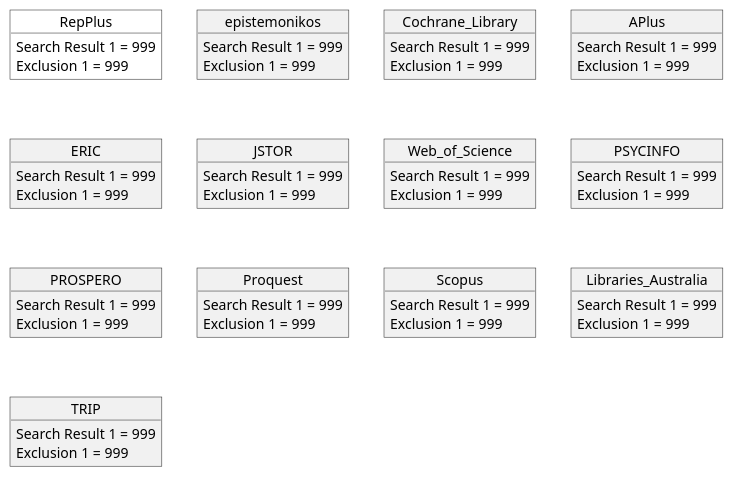
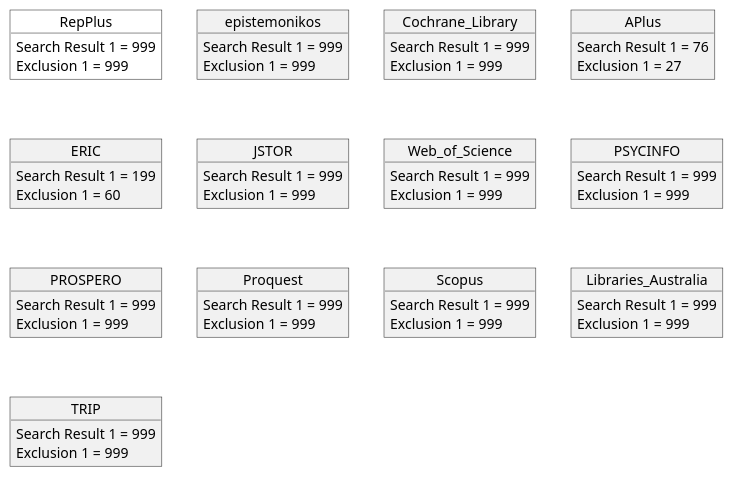
The diagram in chapters/database-searches.md (hex000000/makegroupworknotsuck), drawn with PlantUML before and after one commit.

Commit message:
sickmsick sick

```diff
--- a/chapters/database-searches.md
+++ b/chapters/database-searches.md
@@ -1,55 +1,55 @@
 @startuml
 object RepPlus #FFFFFF{
    Search Result 1 = 999
    Exclusion 1 = 999
  }
 object epistemonikos {
    Search Result 1 = 999
    Exclusion 1 = 999
  }
 object Cochrane_Library {
    Search Result 1 = 999
    Exclusion 1 = 999
  }
 object APlus {
-   Search Result 1 = 999
-   Exclusion 1 = 999
+   Search Result 1 = 76
+   Exclusion 1 = 27
  }
 object ERIC {
-   Search Result 1 = 999
-   Exclusion 1 = 999
+   Search Result 1 = 199
+   Exclusion 1 = 60
  }
 object JSTOR {
    Search Result 1 = 999
    Exclusion 1 = 999
  }
 object Web_of_Science {
    Search Result 1 = 999
    Exclusion 1 = 999
  }
 object PSYCINFO {
    Search Result 1 = 999
    Exclusion 1 = 999
  }
 object PROSPERO {
    Search Result 1 = 999
    Exclusion 1 = 999
  }
 object Proquest {
    Search Result 1 = 999
    Exclusion 1 = 999
  }
 object Scopus {
    Search Result 1 = 999
    Exclusion 1 = 999
  }
 object Libraries_Australia {
    Search Result 1 = 999
    Exclusion 1 = 999
  }
 object TRIP {
    Search Result 1 = 999
    Exclusion 1 = 999
  }
 
 @enduml
```
